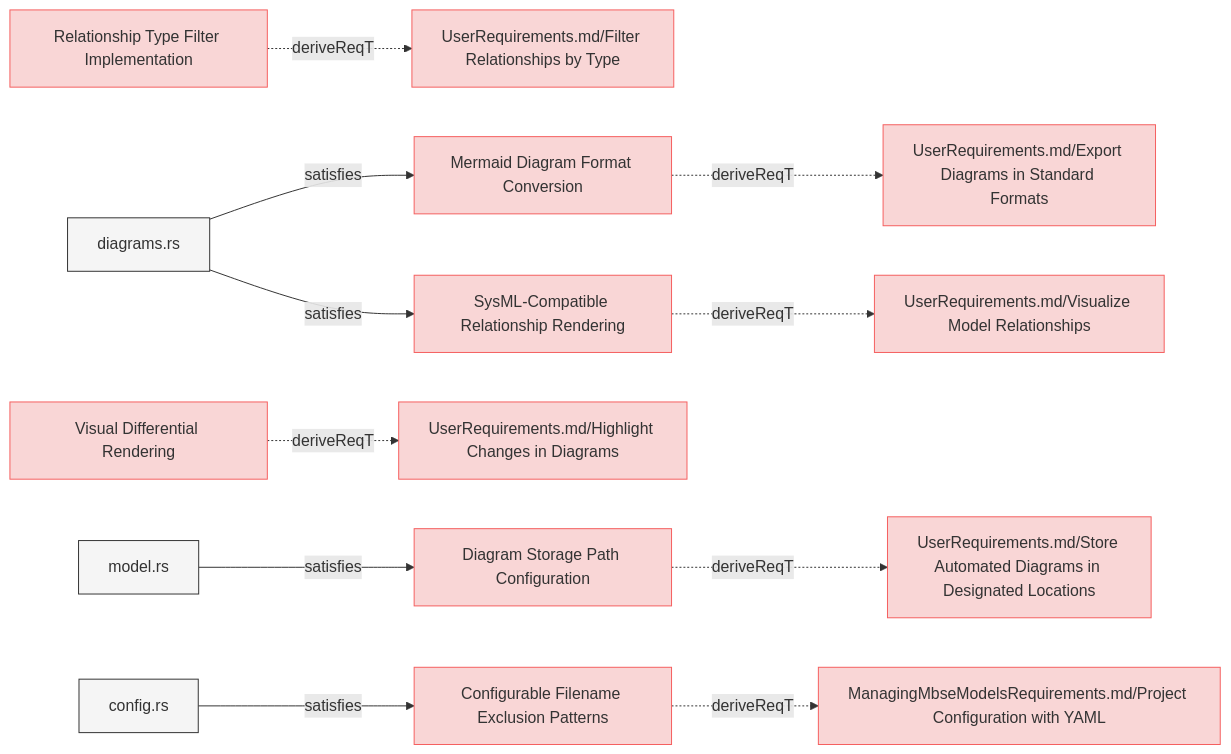
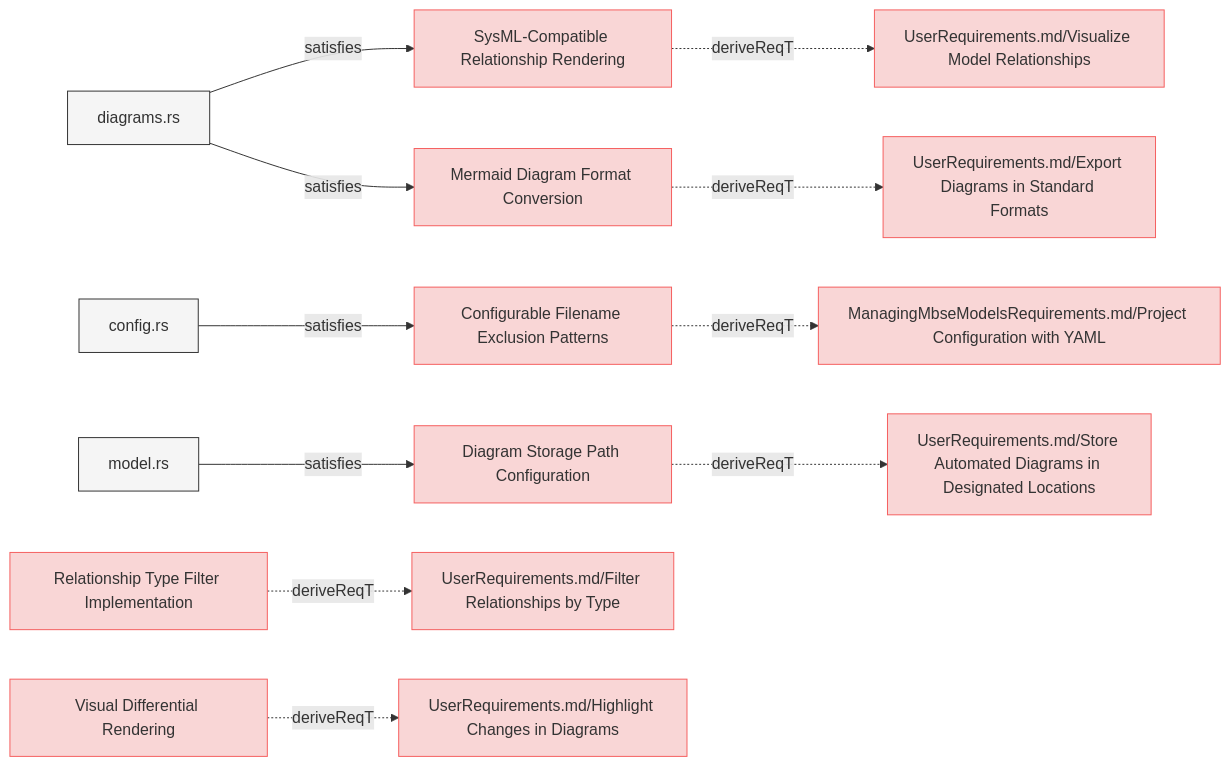
The fifth of 8 diagrams in specifications/SystemRequirements/Requirements.md (reqvire-org/reqvire), drawn with Mermaid before and after one commit. The commit also changed other lines of this file and 14 other files, not shown here.

Commit message:
Diagram fixes

````diff
--- a/specifications/SystemRequirements/Requirements.md
+++ b/specifications/SystemRequirements/Requirements.md
@@ -546,64 +546,64 @@
 ```mermaid
 graph LR;
   %% Graph styling
   classDef requirement fill:#f9d6d6,stroke:#f55f5f,stroke-width:1px;
   classDef verification fill:#d6f9d6,stroke:#5fd75f,stroke-width:1px;
   classDef externalLink fill:#d0e0ff,stroke:#3080ff,stroke-width:1px;
   classDef default fill:#f5f5f5,stroke:#333333,stroke-width:1px;
 
+  c826c1ee7c93bf6b["SysML-Compatible Relationship Rendering"];
+  click c826c1ee7c93bf6b "Requirements.md#sysml-compatible-relationship-rendering";
+  class c826c1ee7c93bf6b requirement;
+  a6a836283607bf45["UserRequirements.md/Visualize Model Relationships"];
+  class a6a836283607bf45 requirement;
+  click a6a836283607bf45 "../UserRequirements.md#visualize-model-relationships";
+  c826c1ee7c93bf6b -.->|deriveReqT| a6a836283607bf45;
+  d4240e29691d4b88["diagrams.rs"];
+  class d4240e29691d4b88 default;
+  click d4240e29691d4b88 "../../core/src/diagrams.rs";
+  d4240e29691d4b88 -->|satisfies| c826c1ee7c93bf6b;
+  cc8128cae305b29d["Configurable Filename Exclusion Patterns"];
+  click cc8128cae305b29d "Requirements.md#configurable-filename-exclusion-patterns";
+  class cc8128cae305b29d requirement;
+  ce24dbacb9646f3b["ManagingMbseModelsRequirements.md/Project Configuration with YAML"];
+  class ce24dbacb9646f3b requirement;
+  click ce24dbacb9646f3b "../ManagingMbseModelsRequirements.md#project-configuration-with-yaml";
+  cc8128cae305b29d -.->|deriveReqT| ce24dbacb9646f3b;
+  c87fb8d32afb10bb["config.rs"];
+  class c87fb8d32afb10bb default;
+  click c87fb8d32afb10bb "../../cli/src/config.rs";
+  c87fb8d32afb10bb -->|satisfies| cc8128cae305b29d;
+  191d27287e362df2["Diagram Storage Path Configuration"];
+  click 191d27287e362df2 "Requirements.md#diagram-storage-path-configuration";
+  class 191d27287e362df2 requirement;
+  aee397f35b867556["UserRequirements.md/Store Automated Diagrams in Designated Locations"];
+  class aee397f35b867556 requirement;
+  click aee397f35b867556 "../UserRequirements.md#store-automated-diagrams-in-designated-locations";
+  191d27287e362df2 -.->|deriveReqT| aee397f35b867556;
+  6136c216c9f80165["model.rs"];
+  class 6136c216c9f80165 default;
+  click 6136c216c9f80165 "../../core/src/model.rs";
+  6136c216c9f80165 -->|satisfies| 191d27287e362df2;
   a7ec66314a62423b["Mermaid Diagram Format Conversion"];
   click a7ec66314a62423b "Requirements.md#mermaid-diagram-format-conversion";
   class a7ec66314a62423b requirement;
   10c00a1bd12fefa5["UserRequirements.md/Export Diagrams in Standard Formats"];
   class 10c00a1bd12fefa5 requirement;
   click 10c00a1bd12fefa5 "../UserRequirements.md#export-diagrams-in-standard-formats";
   a7ec66314a62423b -.->|deriveReqT| 10c00a1bd12fefa5;
-  d4240e29691d4b88["diagrams.rs"];
-  class d4240e29691d4b88 default;
-  click d4240e29691d4b88 "../../core/src/diagrams.rs";
   d4240e29691d4b88 -->|satisfies| a7ec66314a62423b;
   1414e7f8890f2939["Relationship Type Filter Implementation"];
   click 1414e7f8890f2939 "Requirements.md#relationship-type-filter-implementation";
   class 1414e7f8890f2939 requirement;
   30d97803eba68a13["UserRequirements.md/Filter Relationships by Type"];
   class 30d97803eba68a13 requirement;
   click 30d97803eba68a13 "../UserRequirements.md#filter-relationships-by-type";
   1414e7f8890f2939 -.->|deriveReqT| 30d97803eba68a13;
   9860815d52cb0fbb["Visual Differential Rendering"];
   click 9860815d52cb0fbb "Requirements.md#visual-differential-rendering";
   class 9860815d52cb0fbb requirement;
   fd7388e379372d7b["UserRequirements.md/Highlight Changes in Diagrams"];
   class fd7388e379372d7b requirement;
   click fd7388e379372d7b "../UserRequirements.md#highlight-changes-in-diagrams";
   9860815d52cb0fbb -.->|deriveReqT| fd7388e379372d7b;
-  c826c1ee7c93bf6b["SysML-Compatible Relationship Rendering"];
-  click c826c1ee7c93bf6b "Requirements.md#sysml-compatible-relationship-rendering";
-  class c826c1ee7c93bf6b requirement;
-  a6a836283607bf45["UserRequirements.md/Visualize Model Relationships"];
-  class a6a836283607bf45 requirement;
-  click a6a836283607bf45 "../UserRequirements.md#visualize-model-relationships";
-  c826c1ee7c93bf6b -.->|deriveReqT| a6a836283607bf45;
-  d4240e29691d4b88 -->|satisfies| c826c1ee7c93bf6b;
-  191d27287e362df2["Diagram Storage Path Configuration"];
-  click 191d27287e362df2 "Requirements.md#diagram-storage-path-configuration";
-  class 191d27287e362df2 requirement;
-  aee397f35b867556["UserRequirements.md/Store Automated Diagrams in Designated Locations"];
-  class aee397f35b867556 requirement;
-  click aee397f35b867556 "../UserRequirements.md#store-automated-diagrams-in-designated-locations";
-  191d27287e362df2 -.->|deriveReqT| aee397f35b867556;
-  6136c216c9f80165["model.rs"];
-  class 6136c216c9f80165 default;
-  click 6136c216c9f80165 "../../core/src/model.rs";
-  6136c216c9f80165 -->|satisfies| 191d27287e362df2;
-  cc8128cae305b29d["Configurable Filename Exclusion Patterns"];
-  click cc8128cae305b29d "Requirements.md#configurable-filename-exclusion-patterns";
-  class cc8128cae305b29d requirement;
-  ce24dbacb9646f3b["ManagingMbseModelsRequirements.md/Project Configuration with YAML"];
-  class ce24dbacb9646f3b requirement;
-  click ce24dbacb9646f3b "../ManagingMbseModelsRequirements.md#project-configuration-with-yaml";
-  cc8128cae305b29d -.->|deriveReqT| ce24dbacb9646f3b;
-  c87fb8d32afb10bb["config.rs"];
-  class c87fb8d32afb10bb default;
-  click c87fb8d32afb10bb "../../cli/src/config.rs";
-  c87fb8d32afb10bb -->|satisfies| cc8128cae305b29d;
 ```
````
